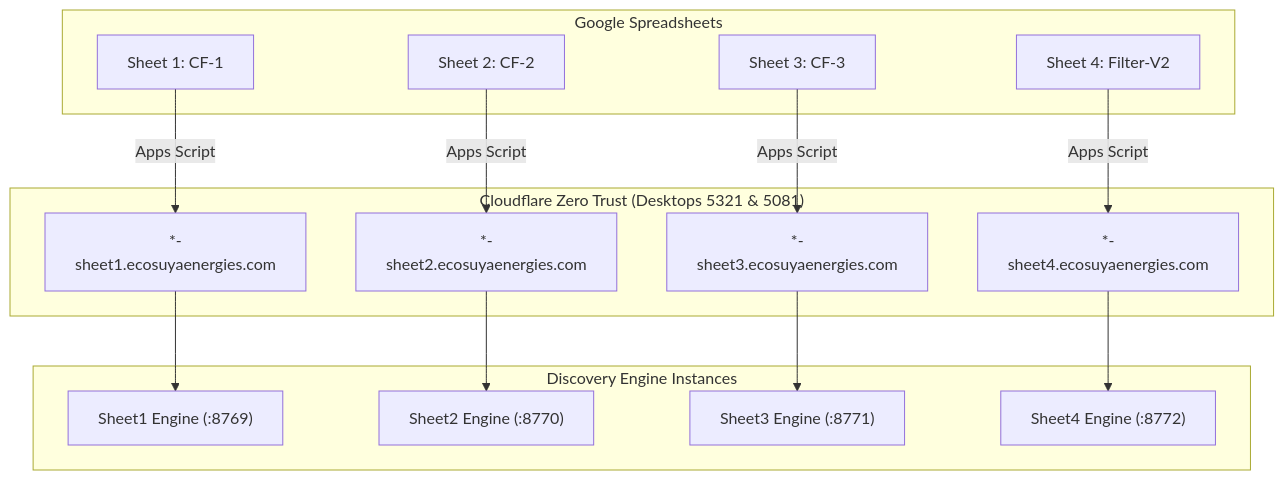
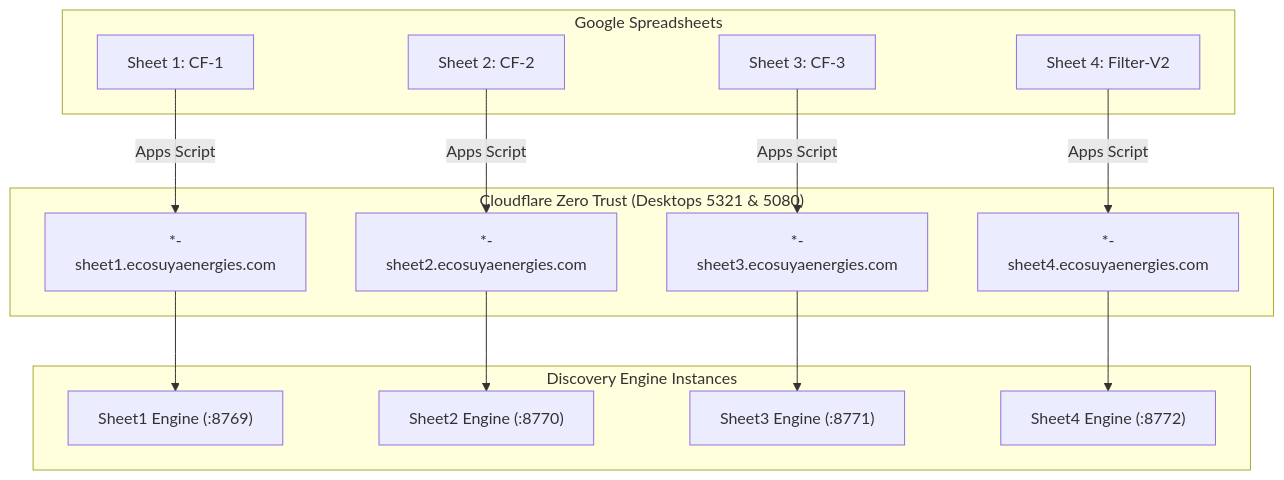
One commit to Viz38/publishing-disc changed the diagram in README.md. Above: the diagram before and after it, drawn with Mermaid. The commit also changed other lines of this file, not shown here.

````diff
--- a/README.md
+++ b/README.md
@@ -9,28 +9,28 @@
 ```mermaid
 graph TD
     subgraph Sheets["Google Spreadsheets"]
         S1["Sheet 1: CF-1"]
         S2["Sheet 2: CF-2"]
         S3["Sheet 3: CF-3"]
         S4["Sheet 4: Filter-V2"]
     end
 
-    subgraph Tunnel["Cloudflare Zero Trust (Desktops 5321 & 5081)"]
+    subgraph Tunnel["Cloudflare Zero Trust (Desktops 5321 & 5080)"]
         CF1["*-sheet1.ecosuyaenergies.com"]
         CF2["*-sheet2.ecosuyaenergies.com"]
         CF3["*-sheet3.ecosuyaenergies.com"]
         CF4["*-sheet4.ecosuyaenergies.com"]
     end
 
     subgraph Engines["Discovery Engine Instances"]
         E1["Sheet1 Engine (:8769)"]
         E2["Sheet2 Engine (:8770)"]
         E3["Sheet3 Engine (:8771)"]
         E4["Sheet4 Engine (:8772)"]
     end
 
     S1 --> |Apps Script| CF1 --> E1
     S2 --> |Apps Script| CF2 --> E2
     S3 --> |Apps Script| CF3 --> E3
     S4 --> |Apps Script| CF4 --> E4
 ```
````
